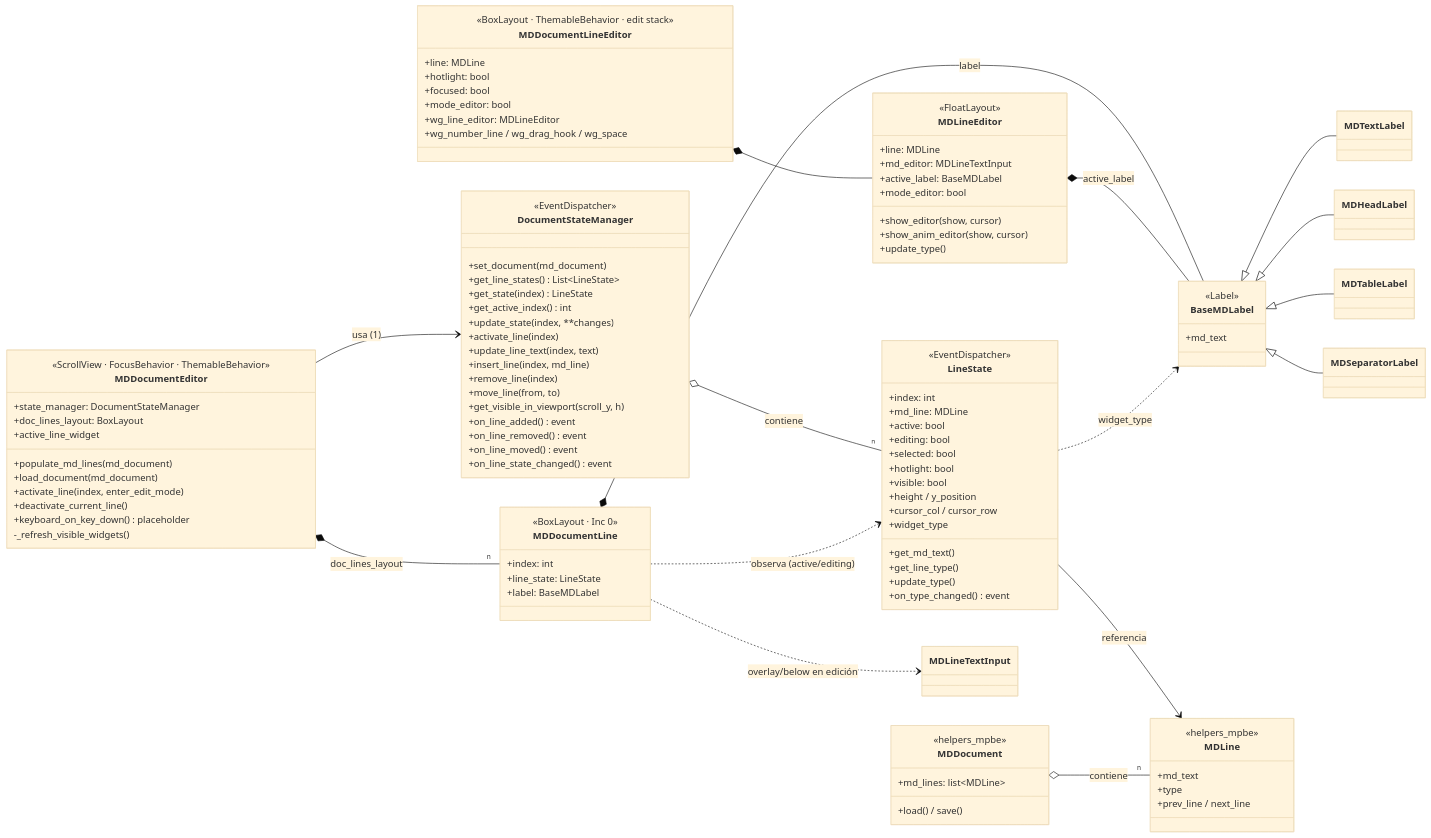
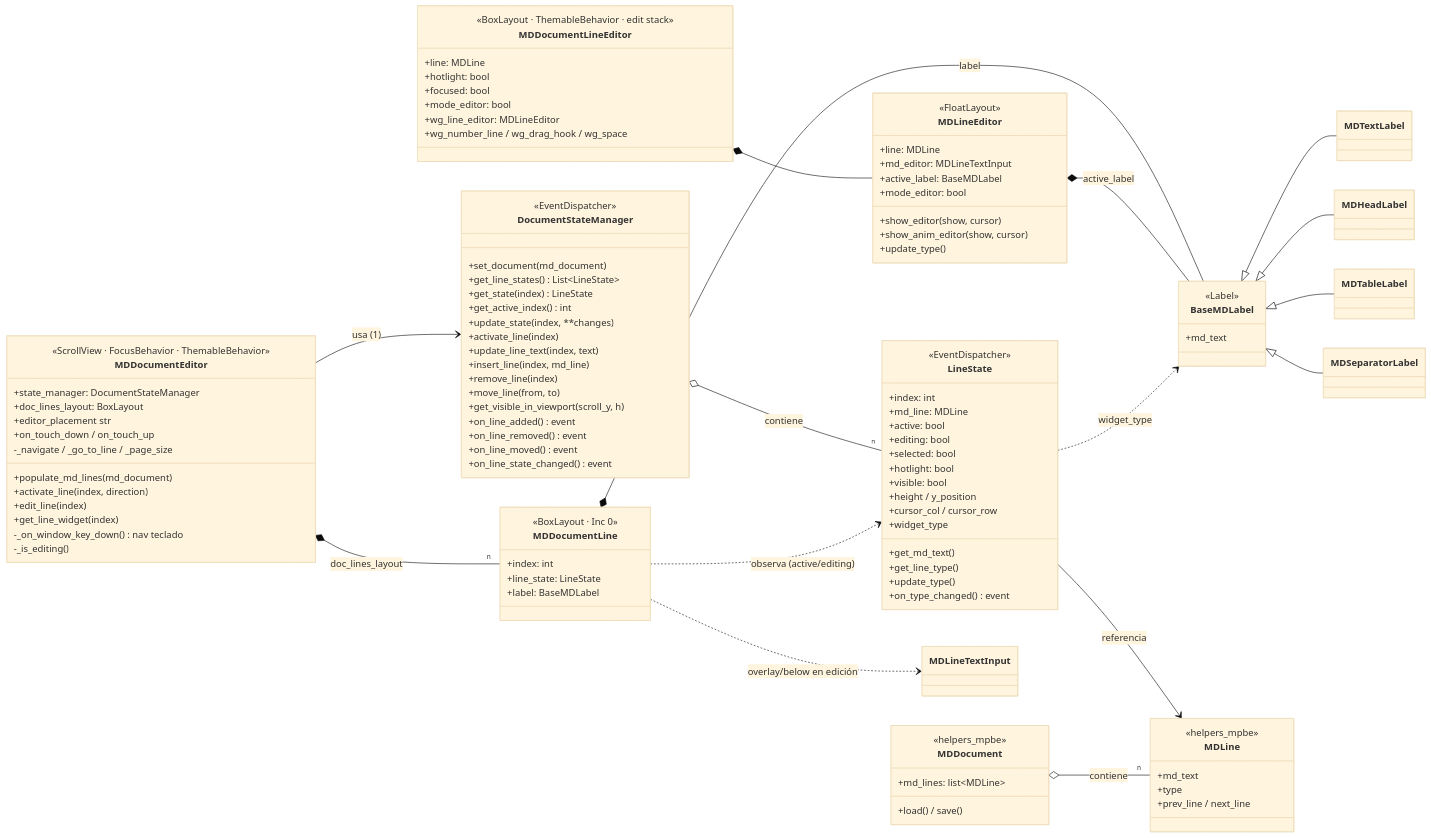
Before and after one commit to martin-bellanca/kivy_mpe_widgets: the first of 4 diagrams in kivy_mpbe_widgets/wg_markdown2/docs/arquitectura.md, drawn with Mermaid (base theme). The commit also changed other lines of this file, not shown here.

Commit message:
docs(wg_markdown2): actualizar arquitectura.md (Inc 3a hecho)
- Fecha, estado y roadmap: Inc 3a marcado como hecho (3b-e pendientes).
- Diagrama de clases del MDDocumentEditor actualizado (teclado a nivel Window,
  edit_line, get_line_widget, on_touch_*).

```diff
--- a/kivy_mpbe_widgets/wg_markdown2/docs/arquitectura.md
+++ b/kivy_mpbe_widgets/wg_markdown2/docs/arquitectura.md
@@ -27,13 +27,15 @@
         <<ScrollView · FocusBehavior · ThemableBehavior>>
         +state_manager: DocumentStateManager
         +doc_lines_layout: BoxLayout
-        +active_line_widget
+        +editor_placement str
         +populate_md_lines(md_document)
-        +load_document(md_document)
-        +activate_line(index, enter_edit_mode)
-        +deactivate_current_line()
-        +keyboard_on_key_down() placeholder
-        -_refresh_visible_widgets()
+        +activate_line(index, direction)
+        +edit_line(index)
+        +get_line_widget(index)
+        +on_touch_down / on_touch_up
+        -_on_window_key_down() nav teclado
+        -_navigate / _go_to_line / _page_size
+        -_is_editing()
     }
 
     class DocumentStateManager {
```
